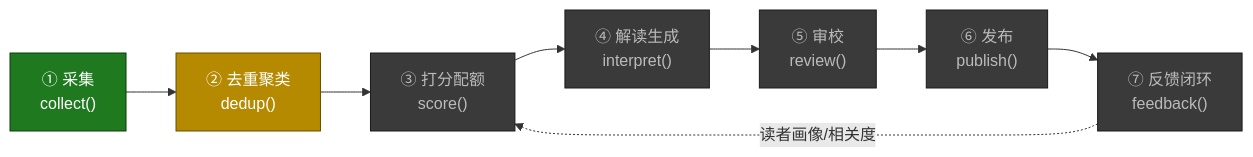
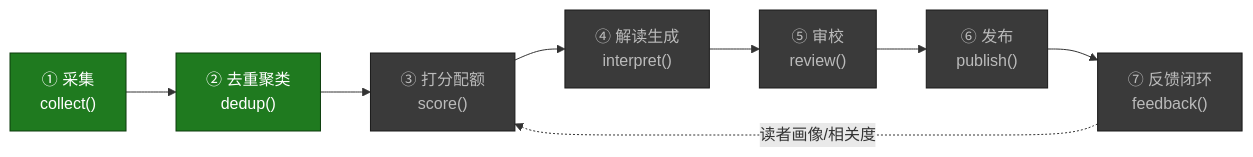
Before and after one commit to ai-newsday/core: the first of 3 diagrams in docs/ROADMAP.md, drawn with Mermaid. The commit also changed other lines of this file, not shown here.

Commit message:
docs: ROADMAP — mark dedup layer (Circle 2) done

````diff
--- a/docs/ROADMAP.md
+++ b/docs/ROADMAP.md
@@ -10,17 +10,17 @@
 ```mermaid
 flowchart LR
     C1["① 采集<br/>collect()"]:::done
-    C2["② 去重聚类<br/>dedup()"]:::spec
+    C2["② 去重聚类<br/>dedup()"]:::done
     C3["③ 打分配额<br/>score()"]:::todo
     C4["④ 解读生成<br/>interpret()"]:::todo
     C5["⑤ 审校<br/>review()"]:::todo
     C6["⑥ 发布<br/>publish()"]:::todo
     C7["⑦ 反馈闭环<br/>feedback()"]:::todo
 
     C1 --> C2 --> C3 --> C4 --> C5 --> C6 --> C7
     C7 -.读者画像/相关度.-> C3
 
     classDef done fill:#1f7a1f,stroke:#0d3d0d,color:#fff;
     classDef spec fill:#b58900,stroke:#6b4f00,color:#fff;
     classDef todo fill:#3a3a3a,stroke:#1a1a1a,color:#bbb;
 ```
````
